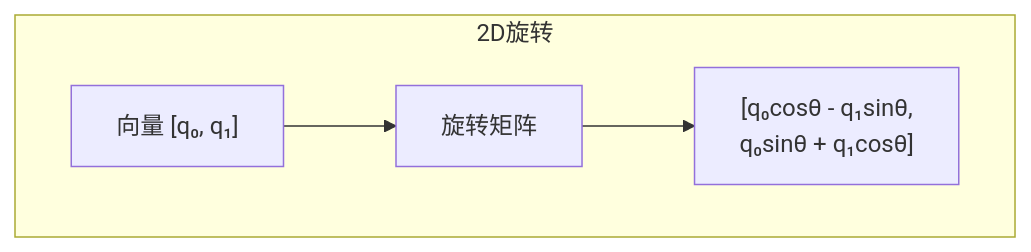
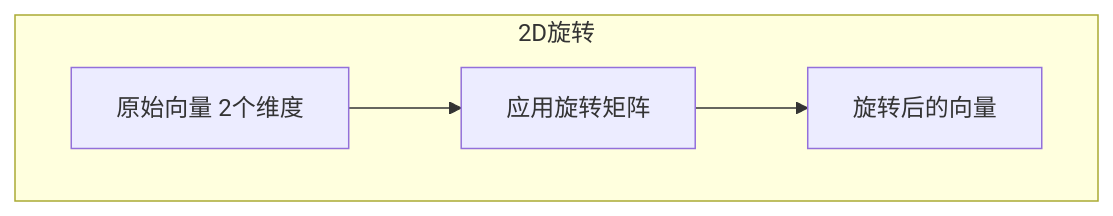
The ninth of 15 diagrams in learning/website/docs/basics/04-positional-encoding.md (Xunzhuo/mini-sglang), drawn with Mermaid before and after one commit. The commit also changed other lines of this file and 9 other files, not shown here.

````diff
--- a/learning/website/docs/basics/04-positional-encoding.md
+++ b/learning/website/docs/basics/04-positional-encoding.md
@@ -262,7 +203,7 @@
 ```mermaid
 graph TB
     subgraph 2D旋转
-        V["向量 [q₀, q₁]"] --> R["旋转矩阵"]
-        R --> V2["[q₀cosθ - q₁sinθ,<br/>q₀sinθ + q₁cosθ]"]
+        V["原始向量 2个维度"] --> R["应用旋转矩阵"]
+        R --> V2["旋转后的向量"]
     end
 ```
````
